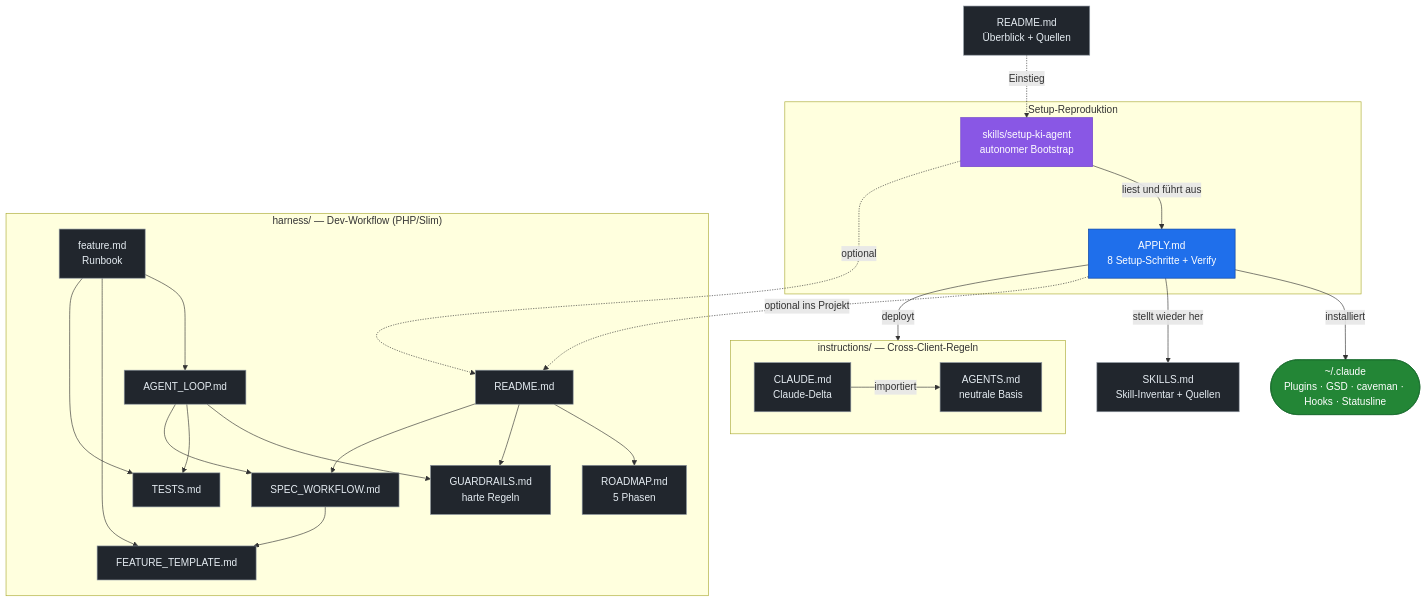
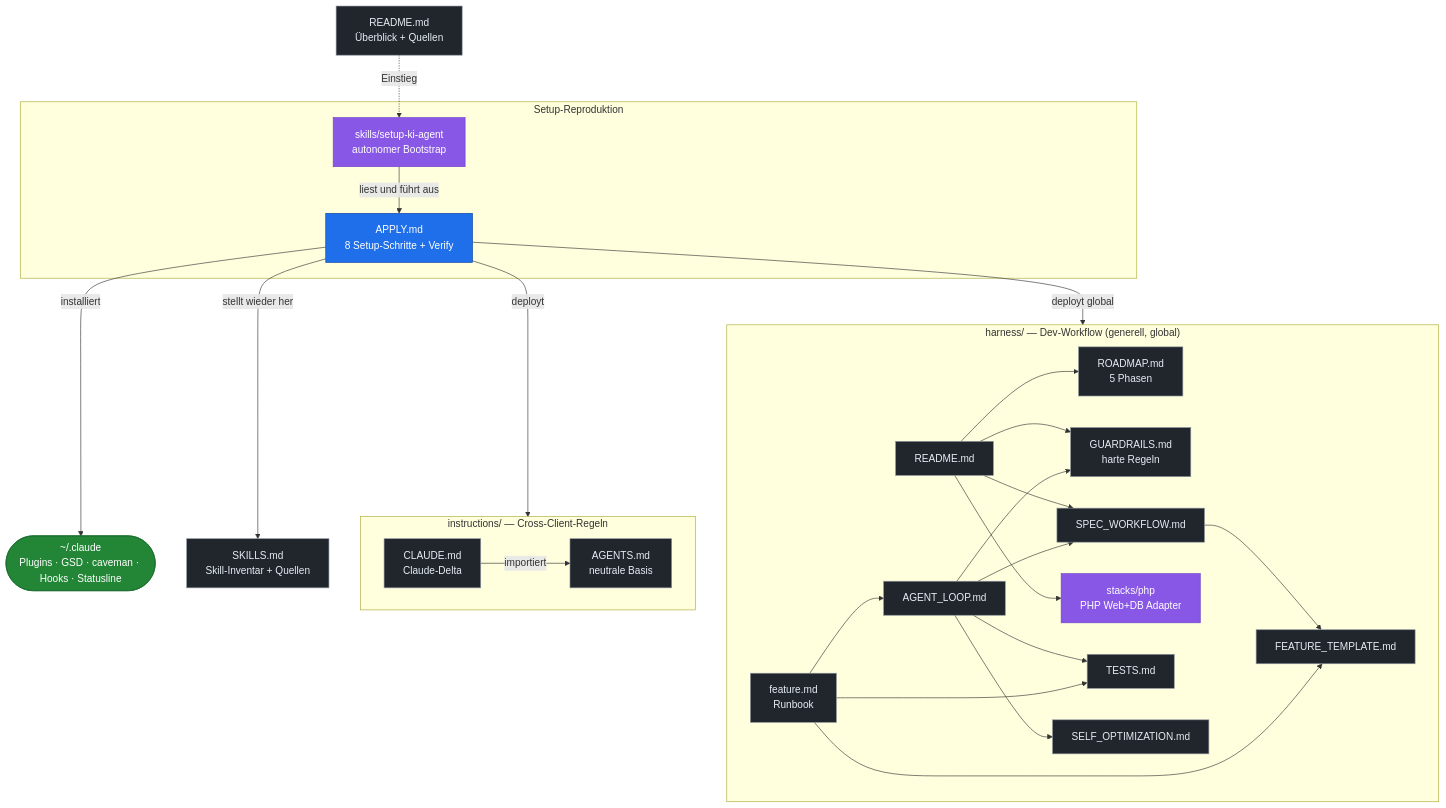
The diagram in README.md (derivo/ki-agent-setup), drawn with Mermaid before and after one commit. The commit also changed other lines of this file and 13 other files, not shown here.

First line of the commit message:
Make harness general-purpose + global; PHP specifics into stack adapter

````diff
--- a/README.md
+++ b/README.md
@@ -18,46 +18,47 @@
 ```mermaid
 flowchart TD
     README["README.md<br/>Überblick + Quellen"]:::doc
 
     subgraph SETUP[" Setup-Reproduktion "]
         SKILL["skills/setup-ki-agent<br/>autonomer Bootstrap"]:::skill
         APPLY["APPLY.md<br/>8 Setup-Schritte + Verify"]:::core
         SKILL -->|liest und führt aus| APPLY
     end
 
     subgraph INSTR[" instructions/ — Cross-Client-Regeln "]
         AGENTS["AGENTS.md<br/>neutrale Basis"]:::doc
         CLAUDE["CLAUDE.md<br/>Claude-Delta"]:::doc
         CLAUDE -->|importiert| AGENTS
     end
 
     SKILLS["SKILLS.md<br/>Skill-Inventar + Quellen"]:::doc
     TOOLS(["~/.claude<br/>Plugins · GSD · caveman · Hooks · Statusline"]):::target
 
-    subgraph HARN[" harness/ — Dev-Workflow (PHP/Slim) "]
+    subgraph HARN[" harness/ — Dev-Workflow (generell, global) "]
         HREADME["README.md"]:::doc
         ROADMAP["ROADMAP.md<br/>5 Phasen"]:::doc
         GUARD["GUARDRAILS.md<br/>harte Regeln"]:::doc
         SPECW["SPEC_WORKFLOW.md"]:::doc
         FEATT["FEATURE_TEMPLATE.md"]:::doc
         TESTS["TESTS.md"]:::doc
         LOOP["AGENT_LOOP.md"]:::doc
+        SELF["SELF_OPTIMIZATION.md"]:::doc
         FEAT["feature.md<br/>Runbook"]:::doc
-        HREADME --> ROADMAP & GUARD & SPECW
+        PHPAD["stacks/php<br/>PHP Web+DB Adapter"]:::skill
+        HREADME --> ROADMAP & GUARD & SPECW & PHPAD
         SPECW --> FEATT
-        LOOP --> GUARD & TESTS & SPECW
+        LOOP --> GUARD & TESTS & SPECW & SELF
         FEAT --> LOOP & FEATT & TESTS
     end
 
     README -. Einstieg .-> SKILL
     APPLY -->|deployt| INSTR
     APPLY -->|installiert| TOOLS
     APPLY -->|stellt wieder her| SKILLS
-    APPLY -. optional ins Projekt .-> HREADME
-    SKILL -. optional .-> HREADME
+    APPLY -->|deployt global| HARN
 
     classDef core fill:#1f6feb,stroke:#0d419d,color:#fff;
     classDef skill fill:#8957e5,stroke:#6e40c9,color:#fff;
     classDef doc fill:#21262d,stroke:#8b949e,color:#e6edf3;
     classDef target fill:#238636,stroke:#196c2e,color:#fff;
 ```
````
